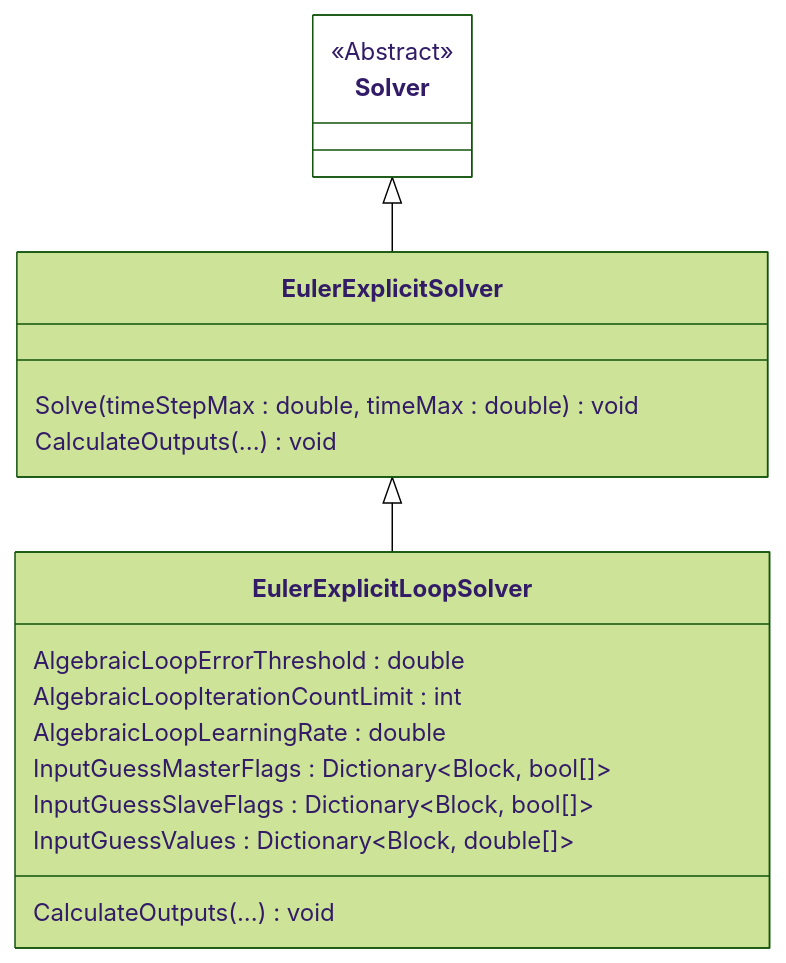
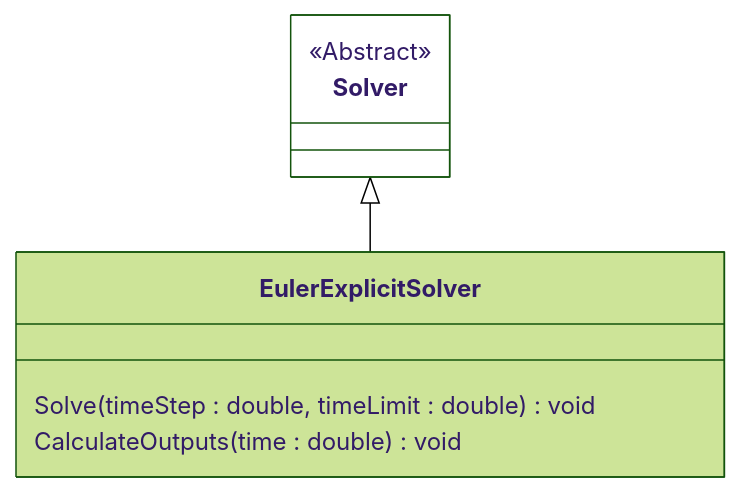
The diagram in Quellen/WS25/SFunctionContinuous/Solver.Explicit.mmd (ghackenberg/kurs-computer-simulation), drawn with Mermaid (forest theme) before and after one commit. The commit also changed 15 other files, not shown here.

```diff
--- a/Quellen/WS25/SFunctionContinuous/Solver.Explicit.mmd
+++ b/Quellen/WS25/SFunctionContinuous/Solver.Explicit.mmd
@@ -1,30 +1,17 @@
 classDiagram
 
     direction TB
 
     class Solver {
         <<Abstract>>
     }
 
     class EulerExplicitSolver {
-        Solve(timeStepMax : double, timeMax : double) void
+        Solve(timeStep : double, timeLimit : double) void
 
-        CalculateOutputs(...) void
-    }
-
-    class EulerExplicitLoopSolver {
-        AlgebraicLoopErrorThreshold : double
-        AlgebraicLoopIterationCountLimit : int
-        AlgebraicLoopLearningRate : double
-
-        InputGuessMasterFlags : Dictionary~Block, bool[]~
-        InputGuessSlaveFlags : Dictionary~Block, bool[]~
-        InputGuessValues : Dictionary~Block, double[]~
-
-        CalculateOutputs(...) void
+        CalculateOutputs(time : double) void
     }
 
     Solver <|-- EulerExplicitSolver
-    EulerExplicitSolver <|-- EulerExplicitLoopSolver
 
     style Solver fill:white
```
